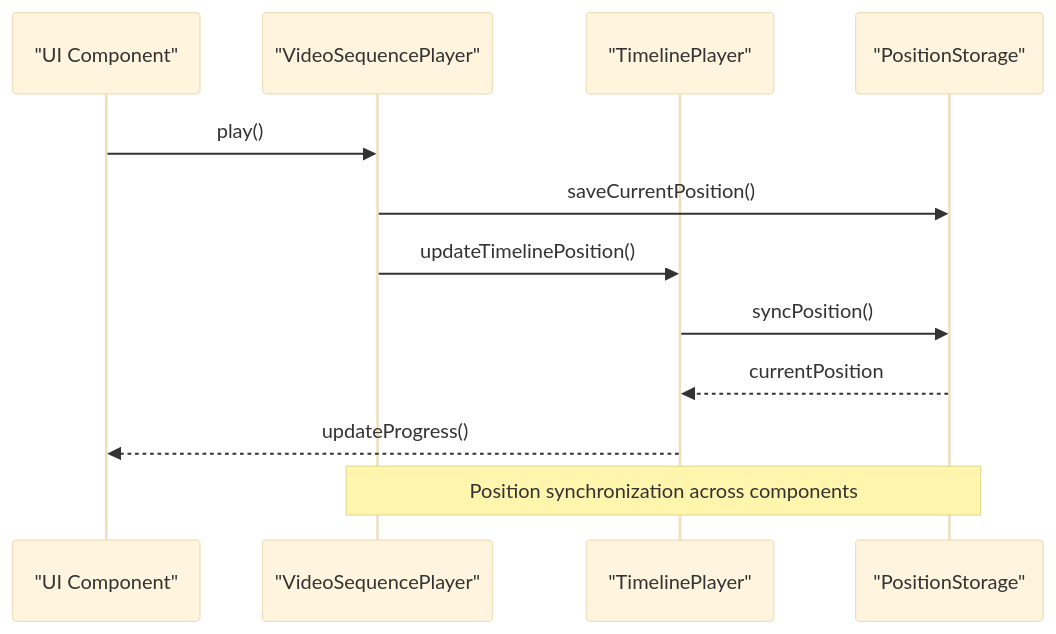
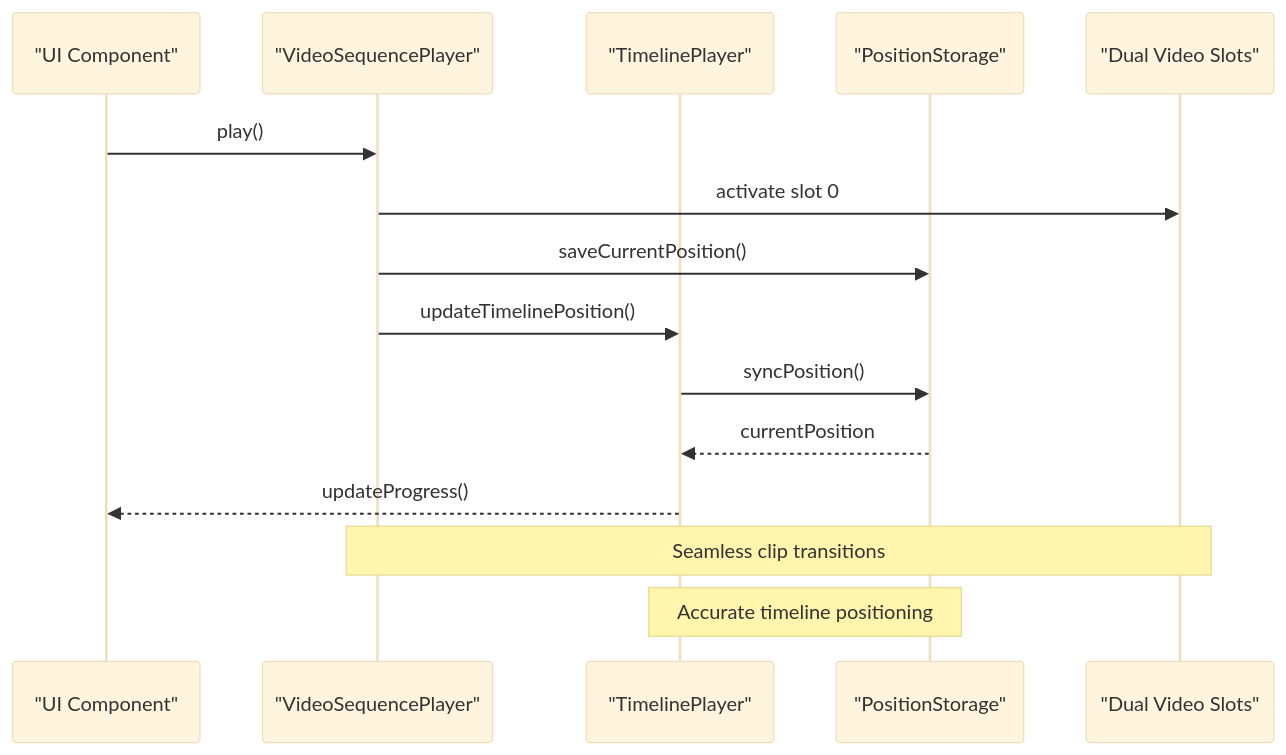
Before and after one commit to 156258852/video-rn: the fourth of 7 diagrams in .qoder/repowiki/en/content/State Management/Video Sequence State Management.md, drawn with Mermaid (base theme). The commit also changed other lines of this file and 5 other files, not shown here.

````diff
--- a/.qoder/repowiki/en/content/State Management/Video Sequence State Management.md
+++ b/.qoder/repowiki/en/content/State Management/Video Sequence State Management.md
@@ -185,14 +219,17 @@
 ```mermaid
 sequenceDiagram
 participant UI as "UI Component"
 participant Player as "VideoSequencePlayer"
 participant Timeline as "TimelinePlayer"
 participant Storage as "PositionStorage"
+participant Slots as "Dual Video Slots"
 UI->>Player : play()
+Player->>Slots : activate slot 0
 Player->>Storage : saveCurrentPosition()
 Player->>Timeline : updateTimelinePosition()
 Timeline->>Storage : syncPosition()
 Storage-->>Timeline : currentPosition
 Timeline-->>UI : updateProgress()
-Note over Player,Storage : Position synchronization across components
+Note over Player,Slots : Seamless clip transitions
+Note over Timeline,Storage : Accurate timeline positioning
 ```
````
